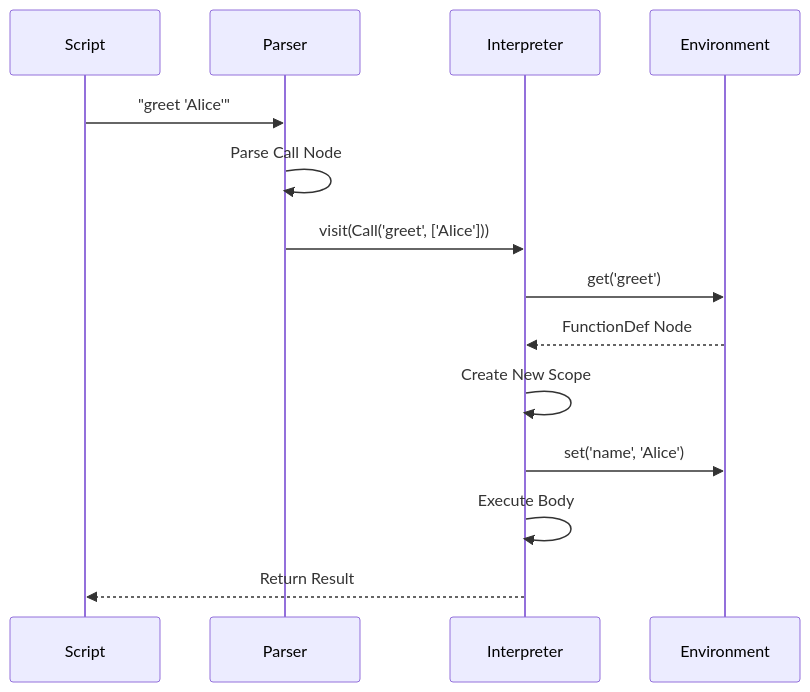
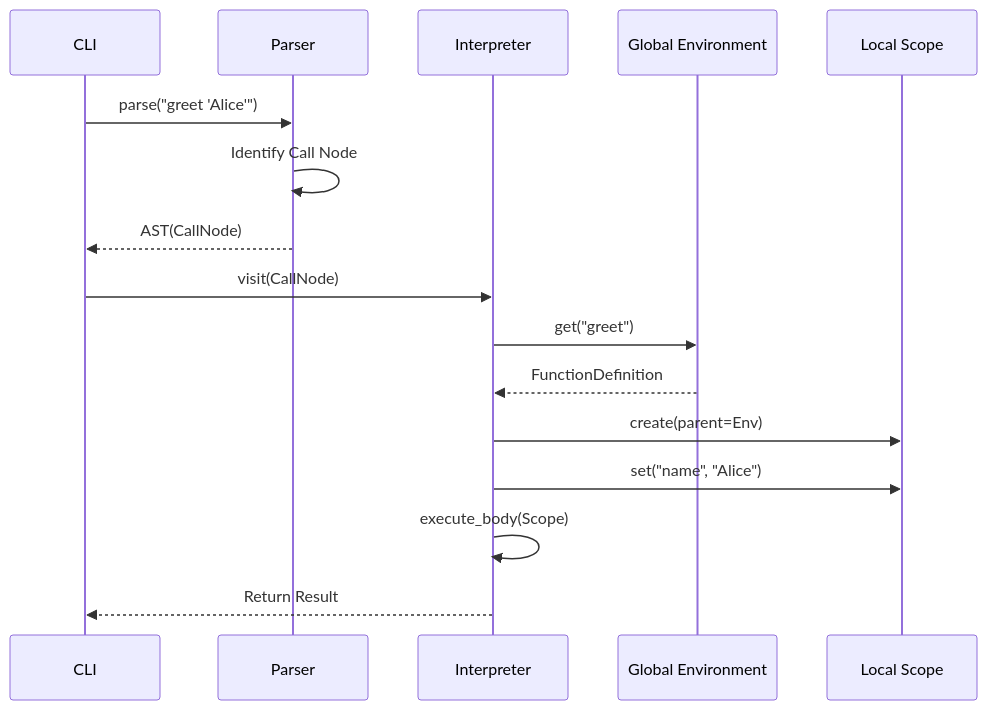
Before and after one commit to Shrey-N/ShellLite: the fifth of 5 diagrams in ShellLite_Project_Report.md, drawn with Mermaid. The commit also changed other lines of this file, not shown here.

````diff
--- a/ShellLite_Project_Report.md
+++ b/ShellLite_Project_Report.md
@@ -284,17 +389,19 @@
 ```mermaid
 sequenceDiagram
-    participant Script
+    participant Main as CLI
     participant Parser
     participant Interpreter
-    participant Environment
+    participant Env as Global Environment
+    participant Scope as Local Scope
 
-    Script->>Parser: "greet 'Alice'"
-    Parser->>Parser: Parse Call Node
-    Parser->>Interpreter: visit(Call('greet', ['Alice']))
-    Interpreter->>Environment: get('greet')
-    Environment-->>Interpreter: FunctionDef Node
-    Interpreter->>Interpreter: Create New Scope
-    Interpreter->>Environment: set('name', 'Alice')
-    Interpreter->>Interpreter: Execute Body
-    Interpreter-->>Script: Return Result
+    Main->>Parser: parse("greet 'Alice'")
+    Parser->>Parser: Identify Call Node
+    Parser-->>Main: AST(CallNode)
+    Main->>Interpreter: visit(CallNode)
+    Interpreter->>Env: get("greet")
+    Env-->>Interpreter: FunctionDefinition
+    Interpreter->>Scope: create(parent=Env)
+    Interpreter->>Scope: set("name", "Alice")
+    Interpreter->>Interpreter: execute_body(Scope)
+    Interpreter-->>Main: Return Result
 ```
````
